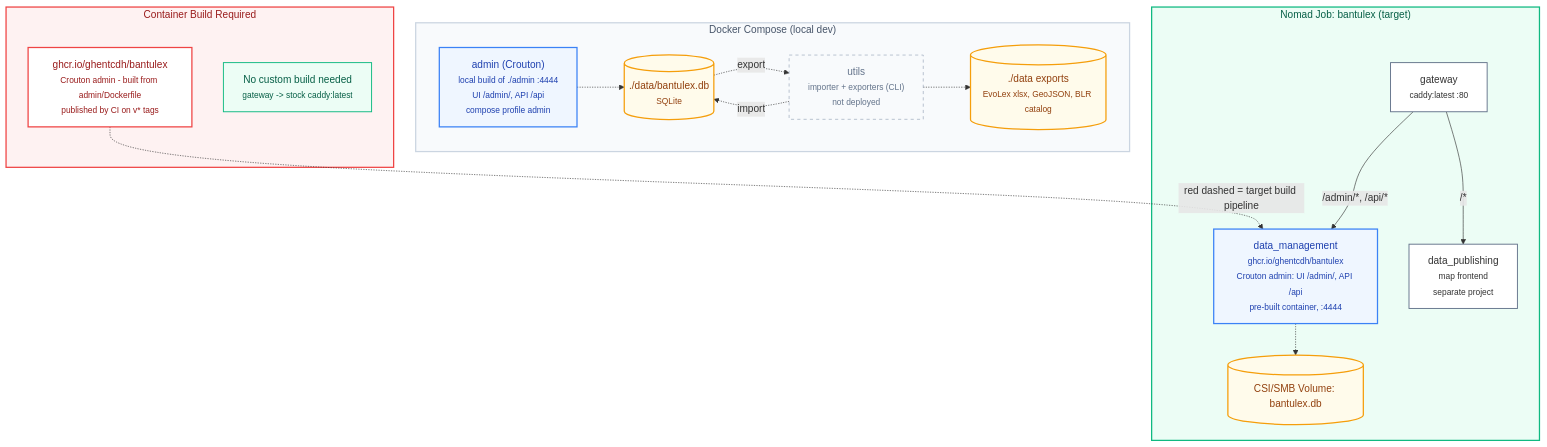
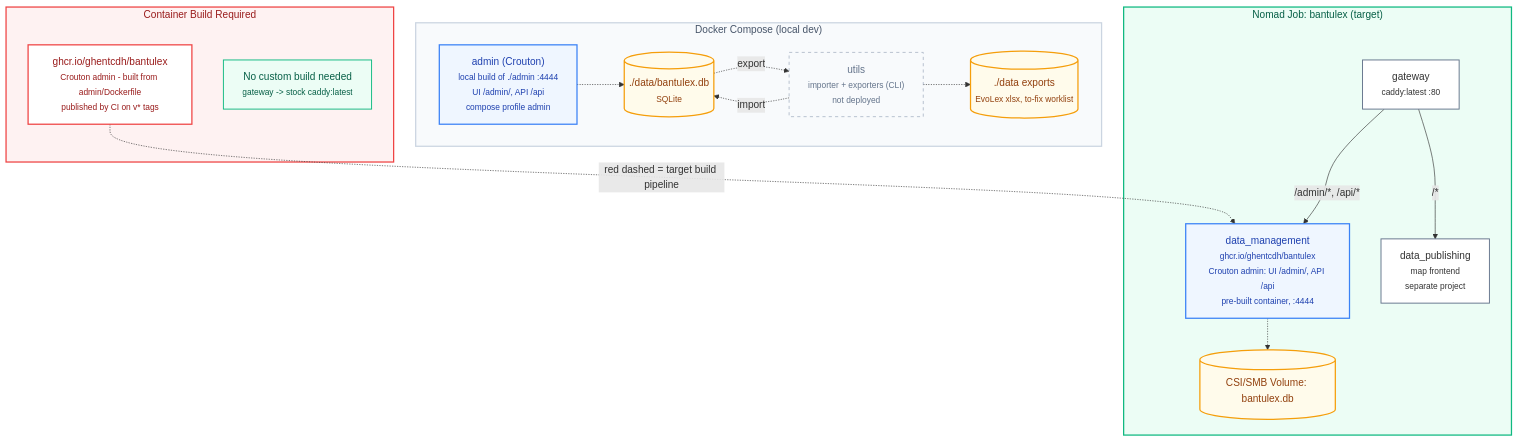
One commit to GhentCDH/BantuLex changed the diagram in ARCHITECTURE.md. Above: the diagram before and after it, drawn with Mermaid. The commit also changed other lines of this file and 9 other files, not shown here.

Commit message:
chore(exporter): remove GeoJSON and BLR catalog exporters

````diff
--- a/ARCHITECTURE.md
+++ b/ARCHITECTURE.md
@@ -7,52 +7,52 @@
 ```mermaid
 graph TB
     subgraph dev["Docker Compose (local dev)"]
         admin_dev["admin (Crouton)<br/><small>local build of ./admin :4444<br/>UI /admin/, API /api<br/>compose profile admin</small>"]
         style admin_dev fill:#eff6ff,stroke:#3b82f6,stroke-width:2px,color:#1e40af
 
         utils_dev["utils<br/><small>importer + exporters (CLI)<br/>not deployed</small>"]
         style utils_dev fill:none,stroke:#94a3b8,stroke-width:1px,stroke-dasharray: 5 5,color:#64748b
 
         db_dev[("./data/bantulex.db<br/><small>SQLite</small>")]
         style db_dev fill:#fffbeb,stroke:#f59e0b,stroke-width:2px,color:#92400e
 
-        exports_dev[("./data exports<br/><small>EvoLex xlsx, GeoJSON, BLR catalog</small>")]
+        exports_dev[("./data exports<br/><small>EvoLex xlsx, to-fix worklist</small>")]
         style exports_dev fill:#fffbeb,stroke:#f59e0b,stroke-width:2px,color:#92400e
 
         utils_dev -. "import" .-> db_dev
         db_dev -. "export" .-> utils_dev
         utils_dev -.-> exports_dev
         admin_dev -.-> db_dev
     end
     style dev fill:#f8fafc,stroke:#cbd5e1,stroke-width:2px,color:#475569
 
     subgraph nomad["Nomad Job: bantulex (target)"]
         gateway["gateway<br/><small>caddy:latest :80</small>"]
         style gateway fill:#ffffff,stroke:#64748b,stroke-width:1.5px
 
         data_mgmt["data_management<br/><small>ghcr.io/ghentcdh/bantulex<br/>Crouton admin: UI /admin/, API /api<br/>pre-built container, :4444</small>"]
         style data_mgmt fill:#eff6ff,stroke:#3b82f6,stroke-width:2px,color:#1e40af
 
         data_pub["data_publishing<br/><small>map frontend<br/>separate project</small>"]
         style data_pub fill:#ffffff,stroke:#64748b,stroke-width:1.5px
 
         db_nomad[("CSI/SMB Volume: bantulex.db")]
         style db_nomad fill:#fffbeb,stroke:#f59e0b,stroke-width:2px,color:#92400e
 
         gateway -- "/admin/*, /api/*" --> data_mgmt
         gateway -- "/*" --> data_pub
         data_mgmt -.-> db_nomad
     end
     style nomad fill:#ecfdf5,stroke:#10b981,stroke-width:2px,color:#065f46
 
     subgraph build["Container Build Required"]
         build_tool["ghcr.io/ghentcdh/bantulex<br/><small>Crouton admin - built from admin/Dockerfile<br/>published by CI on v* tags</small>"]
         style build_tool fill:#ffffff,stroke:#ef4444,stroke-width:2px,color:#991b1b
 
         no_build["No custom build needed<br/><small>gateway -> stock caddy:latest</small>"]
         style no_build fill:#ecfdf5,stroke:#10b981,stroke-width:1.5px,color:#065f46
     end
     style build fill:#fef2f2,stroke:#ef4444,stroke-width:2px,color:#991b1b
 
     build_tool -. "red dashed = target build pipeline" .-> data_mgmt
 ```
````
